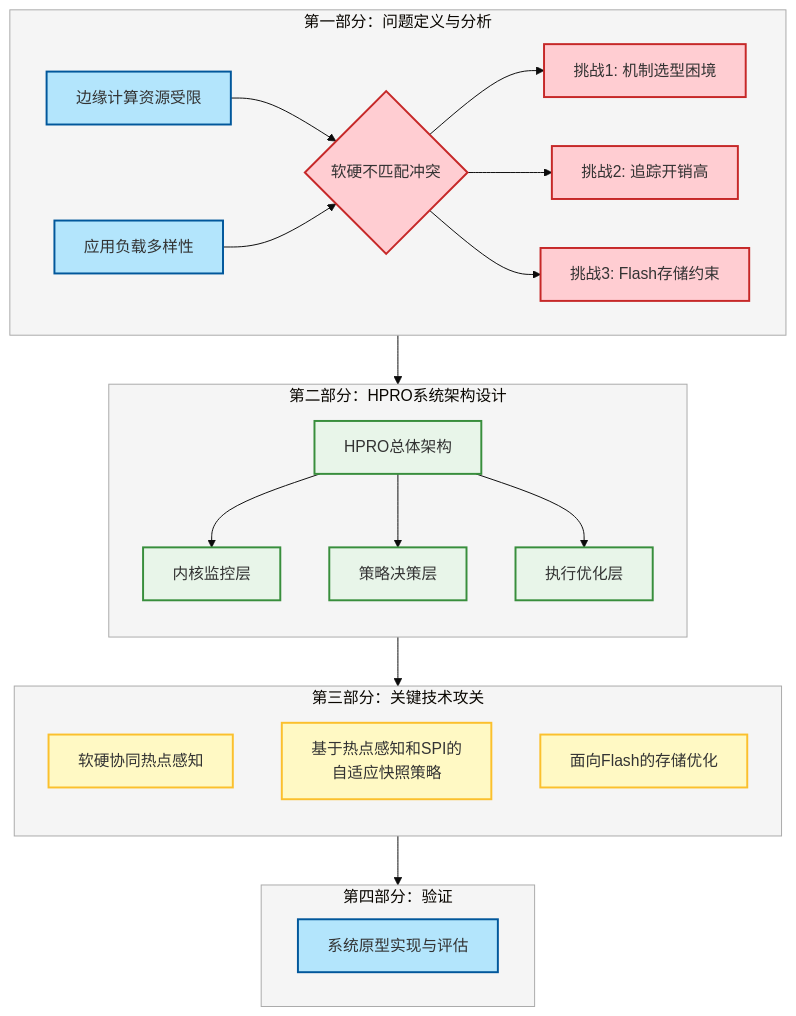
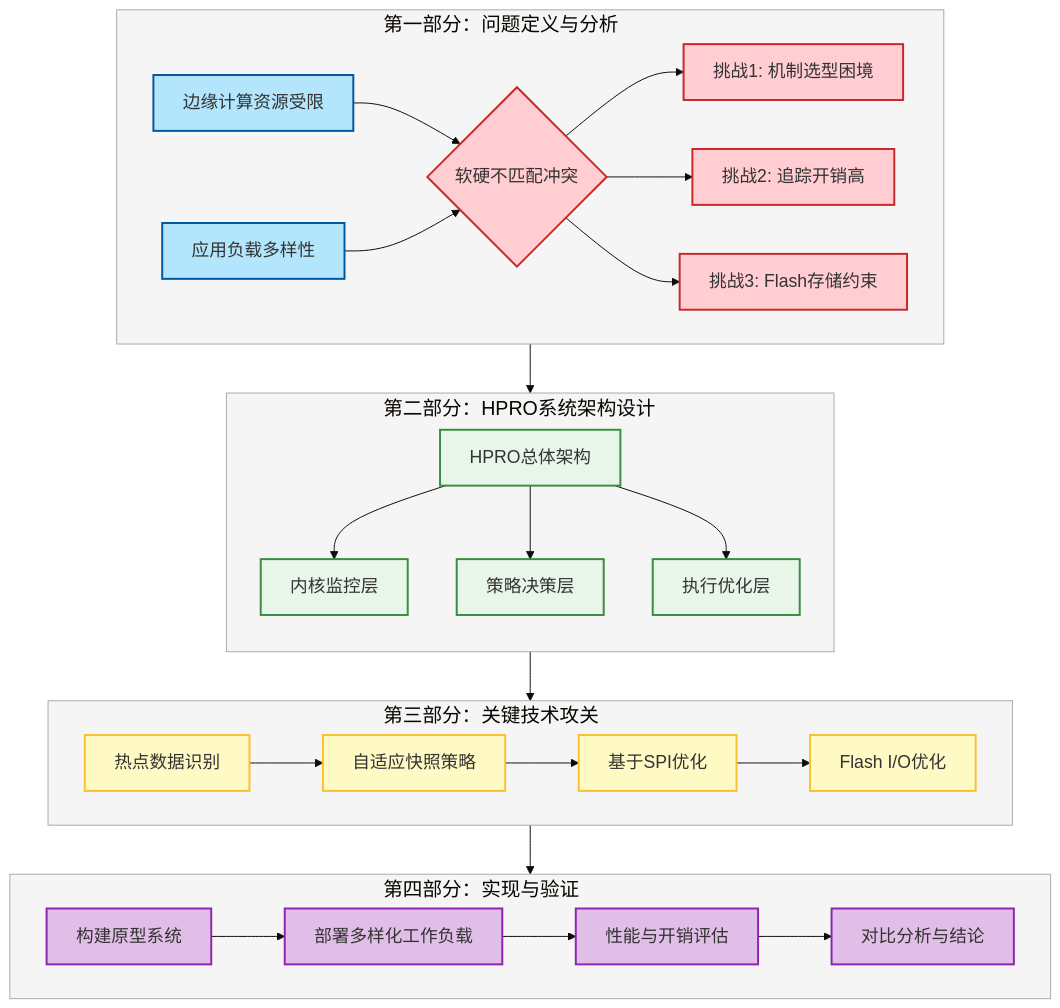
The diagram in figures/struct.mmd (Soul-of-Sky/lunwen), drawn with Mermaid (base theme) before and after one commit. The commit also changed 40 other files, not shown here.

```diff
--- a/figures/struct.mmd
+++ b/figures/struct.mmd
@@ -1,56 +1,53 @@
 flowchart TB
- subgraph s1["第一部分：问题定义与分析"]
-        C{"软硬不匹配冲突"}
-        A["边缘计算资源受限"]
-        B["应用负载多样性"]
-        D["挑战1: 机制选型困境"]
-        E["挑战2: 追踪开销高"]
-        F["挑战3: Flash存储约束"]
-  end
- subgraph s2["第二部分：HPRO系统架构设计"]
+    %% 样式定义保持不变...
+    classDef step fill:#b3e5fc,stroke:#01579b,stroke-width:2px,font-size:18px
+    classDef decision fill:#ffcdd2,stroke:#c62828,stroke-width:2px,font-size:18px
+    classDef state fill:#e8f5e9,stroke:#388e3c,stroke-width:2px,font-size:18px
+    classDef update fill:#fff9c4,stroke:#fbc02d,stroke-width:2px,font-size:18px
+    classDef process fill:#e1bee7,stroke:#8e24aa,stroke-width:2px,font-size:18px 
+
+ subgraph s1["<div style='min-width: 300px; margin-bottom: 20px;'>第一部分：问题定义与分析</div>"]
+        C{"软硬不匹配冲突"}:::decision
+        A["边缘计算资源受限"]:::step
+        B["应用负载多样性"]:::step
+        D["挑战1: 机制选型困境"]:::decision
+        E["挑战2: 追踪开销高"]:::decision
+        F["挑战3: Flash存储约束"]:::decision
+        A --> C
+        B --> C
+        C --> D & E & F
+ end
+
+ subgraph s2["<div style='min-width: 300px; margin-bottom: 20px;'>第二部分：HPRO系统架构设计</div>"]
     direction TB
-        G["HPRO总体架构"]
-        H["内核监控层"]
-        I["策略决策层"]
-        J["执行优化层"]
-  end
- subgraph s3["第三部分：关键技术攻关"]
-    direction TB
-        K["软硬协同热点感知"]
-        L["基于热点感知和SPI的<br>自适应快照策略"]
-        M["面向Flash的存储优化"]
-  end
- subgraph s4["第四部分：验证"]
+        G["HPRO总体架构"]:::state
+        H["内核监控层"]:::state
+        I["策略决策层"]:::state
+        J["执行优化层"]:::state
+        G --> H & I & J
+ end
+
+ subgraph s3["<div style='min-width: 300px; margin-bottom: 20px;'>第三部分：关键技术攻关</div>"]
     direction LR
-        N["系统原型实现与评估"]
-  end
-    A --> C
-    B --> C
-    C --> D & E & F
-    G --> H & I & J
+    %% 将原本独立的K,L,M串联起来，并增加细节
+        K_sub["热点数据识别"]:::update --> L_sub["自适应快照策略"]:::update
+        L_sub --> M_sub1["基于SPI优化"]:::update
+        M_sub1 --> M_sub2["Flash I/O优化"]:::update
+ end
+
+ subgraph s4["<div style='min-width: 300px; margin-bottom: 20px;'>第四部分：实现与验证</div>"]
+    direction LR
+    %% 将原本一个节点拆解为流程
+        N1["构建原型系统"]:::process --> N2["部署多样化工作负载"]:::process
+        N2 --> N3["性能与开销评估"]:::process
+        N3 --> N4["对比分析与结论"]:::process
+ end
+
     s1 --> s2
     s2 --> s3
     s3 --> s4
-
-     C:::decision
-     A:::step
-     B:::step
-     D:::decision
-     E:::decision
-     F:::decision
-     G:::state
-     H:::state
-     I:::state
-     J:::state
-     K:::update
-     L:::update
-     M:::update
-     N:::step
-    classDef step fill:#b3e5fc,stroke:#01579b,stroke-width:2px
-    classDef decision fill:#ffcdd2,stroke:#c62828,stroke-width:2px
-    classDef state fill:#e8f5e9,stroke:#388e3c,stroke-width:2px
-    classDef update fill:#fff9c4,stroke:#fbc02d,stroke-width:2px
-    style s1 fill:#f5f5f5, stroke:#aaa
-    style s2 fill:#f5f5f5, stroke:#aaa
-    style s3 fill:#f5f5f5, stroke:#aaa
-    style s4 fill:#f5f5f5, stroke:#aaa
+     
+    style s1 fill:#f5f5f5, stroke:#aaa, font-size:20px
+    style s2 fill:#f5f5f5, stroke:#aaa, font-size:20px
+    style s3 fill:#f5f5f5, stroke:#aaa, font-size:20px
+    style s4 fill:#f5f5f5, stroke:#aaa, font-size:20px
```
